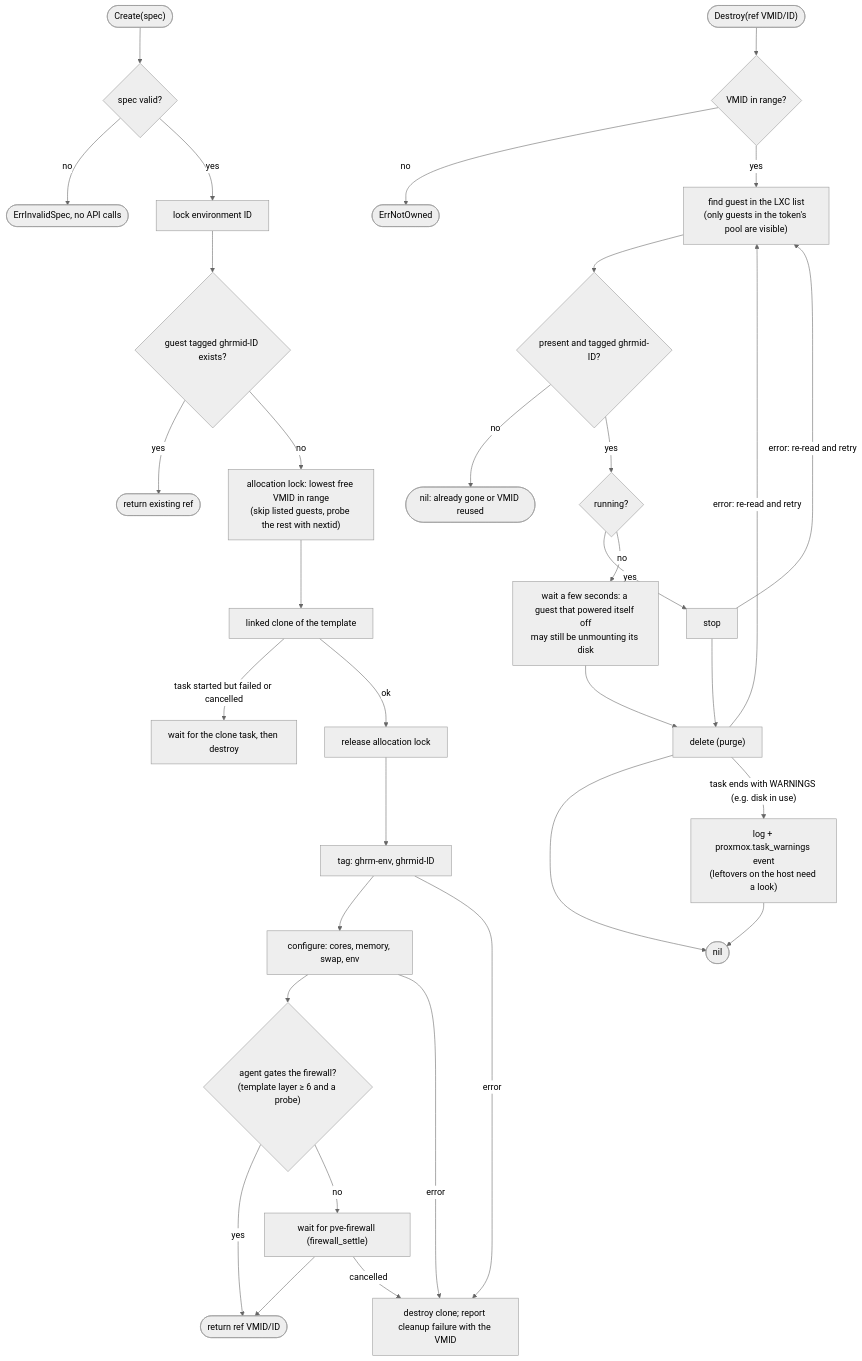
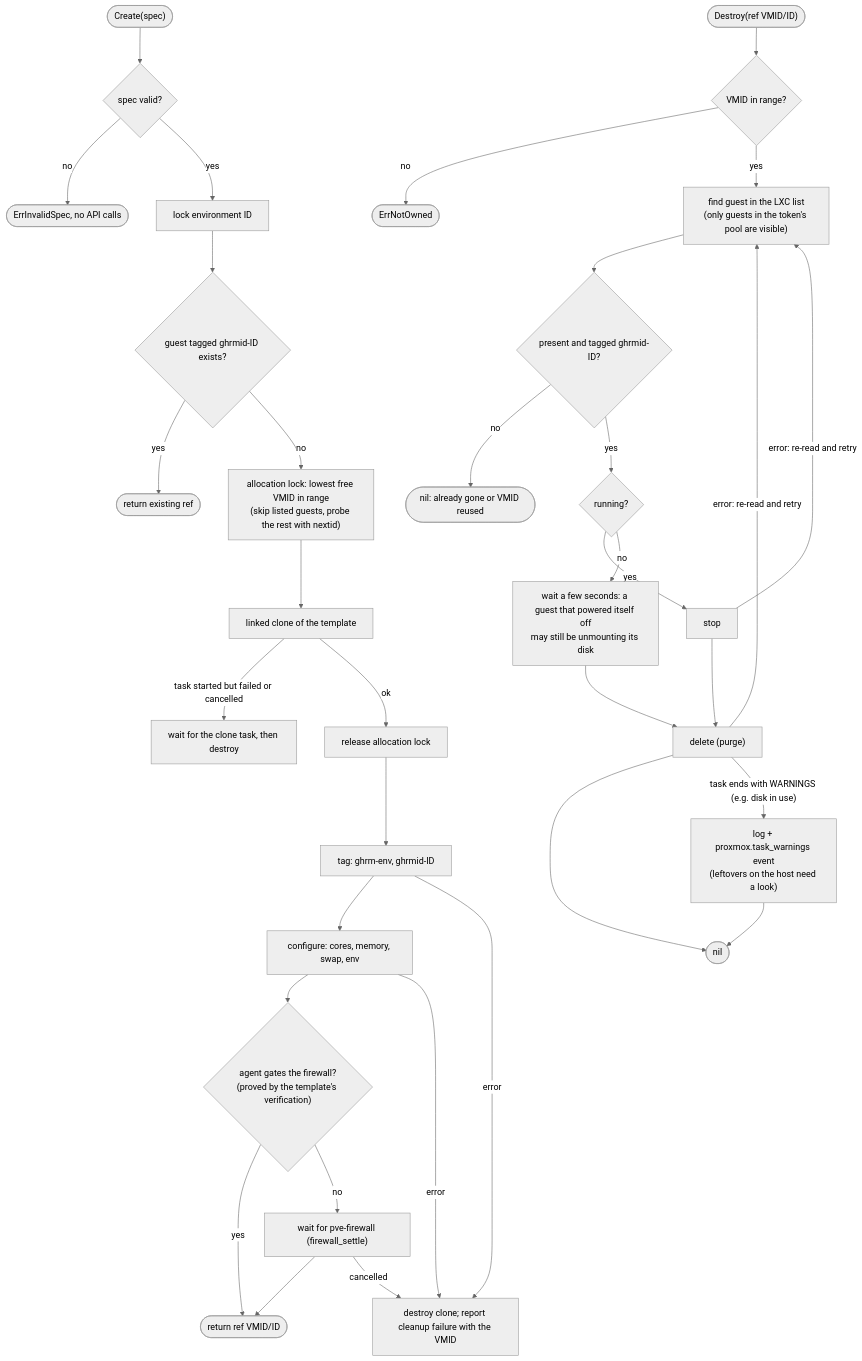
One commit to cocardoso/gh-runners-manager changed the ninth of 13 diagrams in docs/architecture.md. Above: the diagram before and after it, drawn with Mermaid (neutral theme). The commit also changed other lines of this file and 52 other files, not shown here.

````diff
--- a/docs/architecture.md
+++ b/docs/architecture.md
@@ -357,37 +359,37 @@
 ```mermaid
 flowchart TD
     start(["Create(spec)"]) --> validate{"spec valid?"}
     validate -- no --> reject(["ErrInvalidSpec, no API calls"])
     validate -- yes --> idlock["lock environment ID"]
     idlock --> existing{"guest tagged ghrmid-ID exists?"}
     existing -- yes --> same(["return existing ref"])
     existing -- no --> alloc["allocation lock: lowest free VMID in range<br/>(skip listed guests, probe the rest with nextid)"]
     alloc --> clone["linked clone of the template"]
     clone -- "task started but failed or cancelled" --> waitclean["wait for the clone task, then destroy"]
     clone -- ok --> unlockalloc["release allocation lock"]
     unlockalloc --> tag["tag: ghrm-env, ghrmid-ID"]
     tag --> configure["configure: cores, memory, swap, env"]
-    configure --> gated{"agent gates the firewall?<br/>(template layer ≥ 6 and a probe)"}
+    configure --> gated{"agent gates the firewall?<br/>(proved by the template's verification)"}
     gated -- yes --> ref(["return ref VMID/ID"])
     gated -- no --> settle["wait for pve-firewall (firewall_settle)"]
     settle --> ref
     tag -- error --> cleanup["destroy clone; report cleanup failure with the VMID"]
     configure -- error --> cleanup
     settle -- cancelled --> cleanup
 
     dstart(["Destroy(ref VMID/ID)"]) --> range{"VMID in range?"}
     range -- no --> notowned(["ErrNotOwned"])
     range -- yes --> look["find guest in the LXC list<br/>(only guests in the token's pool are visible)"]
     look --> mine{"present and tagged ghrmid-ID?"}
     mine -- no --> gone(["nil: already gone or VMID reused"])
     mine -- yes --> running{"running?"}
     running -- yes --> stop["stop"]
     running -- no --> settle2["wait a few seconds: a guest that powered itself off<br/>may still be unmounting its disk"]
     settle2 --> del["delete (purge)"]
     stop --> del
     stop -- "error: re-read and retry" --> look
     del -- "error: re-read and retry" --> look
     del --> done(["nil"])
     del -- "task ends with WARNINGS (e.g. disk in use)" --> warn["log + proxmox.task_warnings event<br/>(leftovers on the host need a look)"]
     warn --> done
 ```
````
